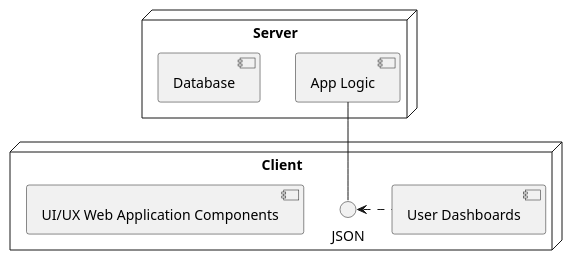
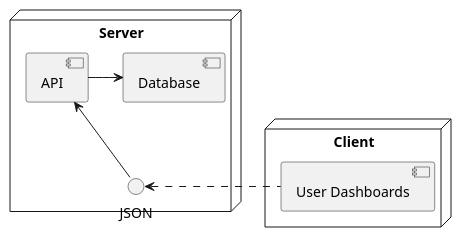
One commit to wawerualbert/CodeHub changed the diagram in documentation/web_app_architecture.wsd. Above: the diagram before and after it, drawn with PlantUML. The commit also changed 6 other files, not shown here.

Commit message:
:edit app architecture

```diff
--- a/documentation/web_app_architecture.wsd
+++ b/documentation/web_app_architecture.wsd
@@ -1,13 +1,15 @@
-@startuml WebAppArchitecture
+@startuml WebApp Architecture
 
-node "Client" {
-  [UI/UX Web Application Components] 
-  JSON <. [User Dashboards] 
+node "Server" {
+[API]->[Database]
 }
 
 node "Server" {
-[App Logic] -- JSON
+[API] <-- JSON
 [Database]
 }
 
+node "Client" {  
+  JSON <. [User Dashboards] 
+}
 @enduml
```
